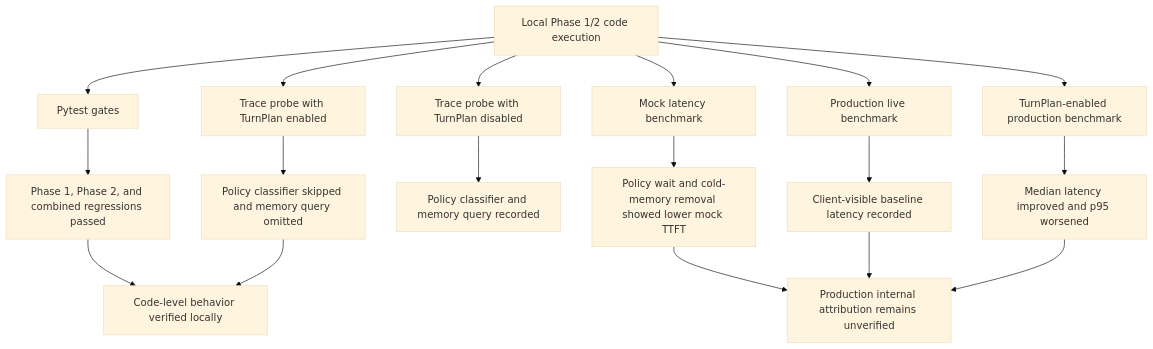
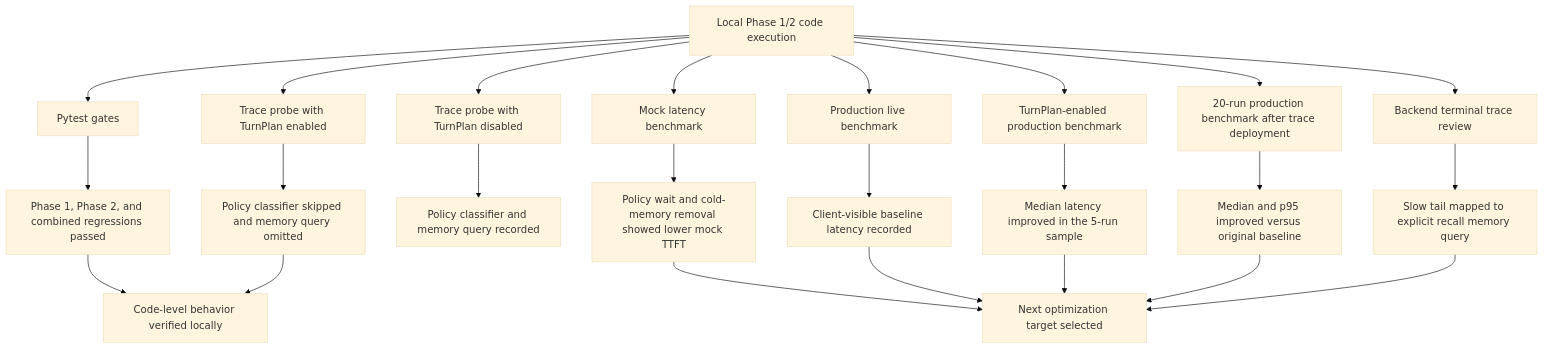
One commit to CongJie-Pan/AREQA changed the second of 2 diagrams in docs/worklog/202607/2026_07_19_experiment/experiment_report.md. Above: the diagram before and after it, drawn with Mermaid (base theme). The commit also changed other lines of this file and 8 other files, not shown here.

Commit message:
docs: record production pipeline latency trace findings

````diff
--- a/docs/worklog/202607/2026_07_19_experiment/experiment_report.md
+++ b/docs/worklog/202607/2026_07_19_experiment/experiment_report.md
@@ -64,20 +70,26 @@
 ```mermaid
 flowchart TD
     A["Local Phase 1/2 code execution"] --> B["Pytest gates"]
     B --> C["Phase 1, Phase 2, and combined regressions passed"]
     A --> D["Mock latency benchmark"]
     D --> E["Policy wait and cold-memory removal showed lower mock TTFT"]
     A --> F["Trace probe with TurnPlan disabled"]
     F --> G["Policy classifier and memory query recorded"]
     A --> H["Trace probe with TurnPlan enabled"]
     H --> I["Policy classifier skipped and memory query omitted"]
     A --> L["Production live benchmark"]
     L --> M["Client-visible baseline latency recorded"]
     A --> N["TurnPlan-enabled production benchmark"]
-    N --> O["Median latency improved and p95 worsened"]
+    N --> O["Median latency improved in the 5-run sample"]
+    A --> P["20-run production benchmark after trace deployment"]
+    P --> Q["Median and p95 improved versus original baseline"]
+    A --> R["Backend terminal trace review"]
+    R --> S["Slow tail mapped to explicit recall memory query"]
     C --> J["Code-level behavior verified locally"]
-    E --> K["Production internal attribution remains unverified"]
+    E --> K["Next optimization target selected"]
     I --> J
     M --> K
     O --> K
+    Q --> K
+    S --> K
 ```
````
